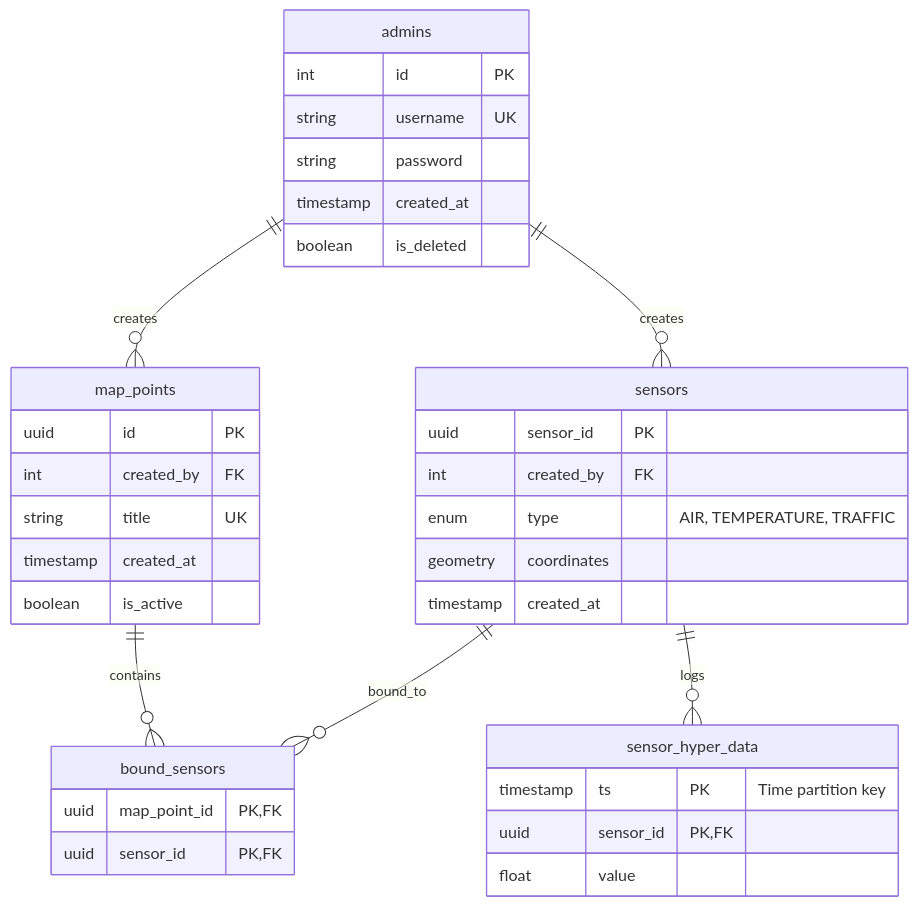
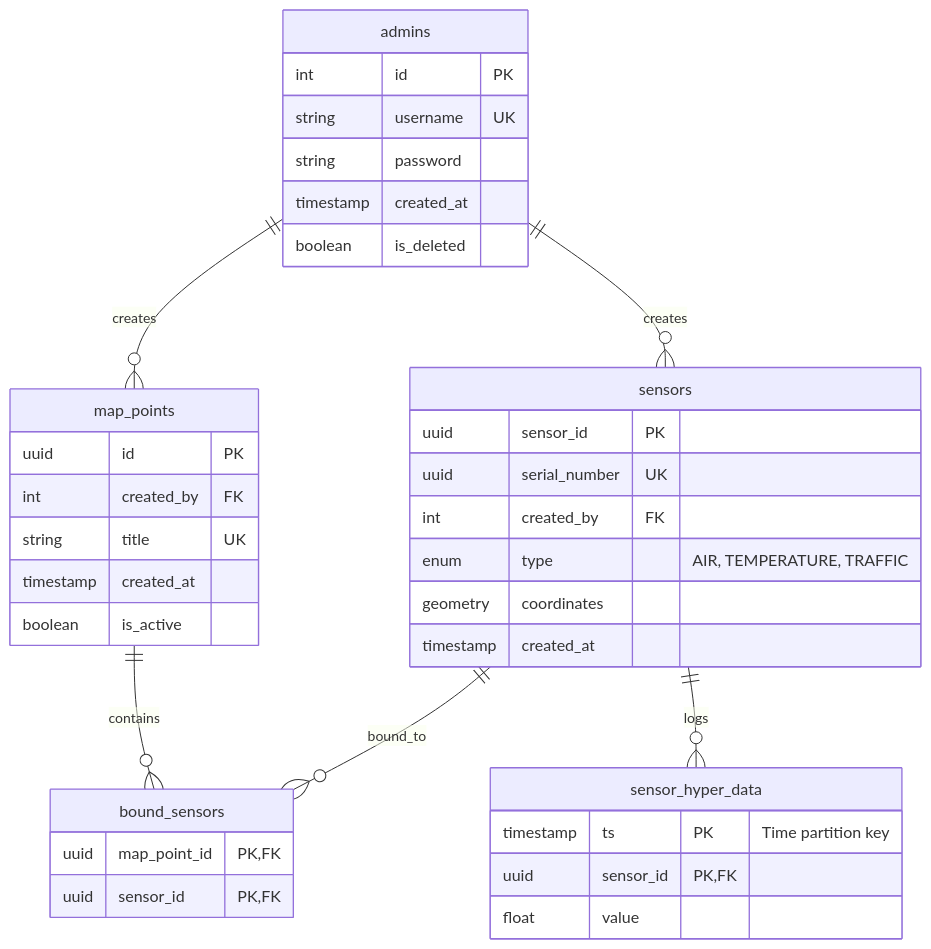
Before and after one commit to Upcomer2077/SmartCity: the first of 2 diagrams in docs/03_data_models/ER_diagram.md, drawn with Mermaid. The commit also changed other lines of this file and 1 other file, not shown here.

Commit message:
docs(data): add edge.sensors.serial_number and fix linter warns

````diff
--- a/docs/03_data_models/ER_diagram.md
+++ b/docs/03_data_models/ER_diagram.md
@@ -5,44 +9,45 @@
 ```mermaid
 erDiagram
     admins ||--o{ map_points : "creates"
     admins ||--o{ sensors : "creates"
     
     map_points ||--o{ bound_sensors : "contains"
     sensors ||--o{ bound_sensors : "bound_to"
     sensors ||--o{ sensor_hyper_data : "logs"
 
     admins {
         int id PK
         string username UK
         string password
         timestamp created_at
         boolean is_deleted
     }
 
     map_points {
         uuid id PK
         int created_by FK
         string title UK
         timestamp created_at
         boolean is_active
     }
 
     sensors {
         uuid sensor_id PK
+        uuid serial_number UK
         int created_by FK
         enum type "AIR, TEMPERATURE, TRAFFIC"
         geometry coordinates
         timestamp created_at
     }
 
     bound_sensors {
         uuid map_point_id PK, FK
         uuid sensor_id PK, FK
     }
 
     sensor_hyper_data {
         timestamp ts PK "Time partition key"
         uuid sensor_id PK, FK
         float value
     }
 ```
````
